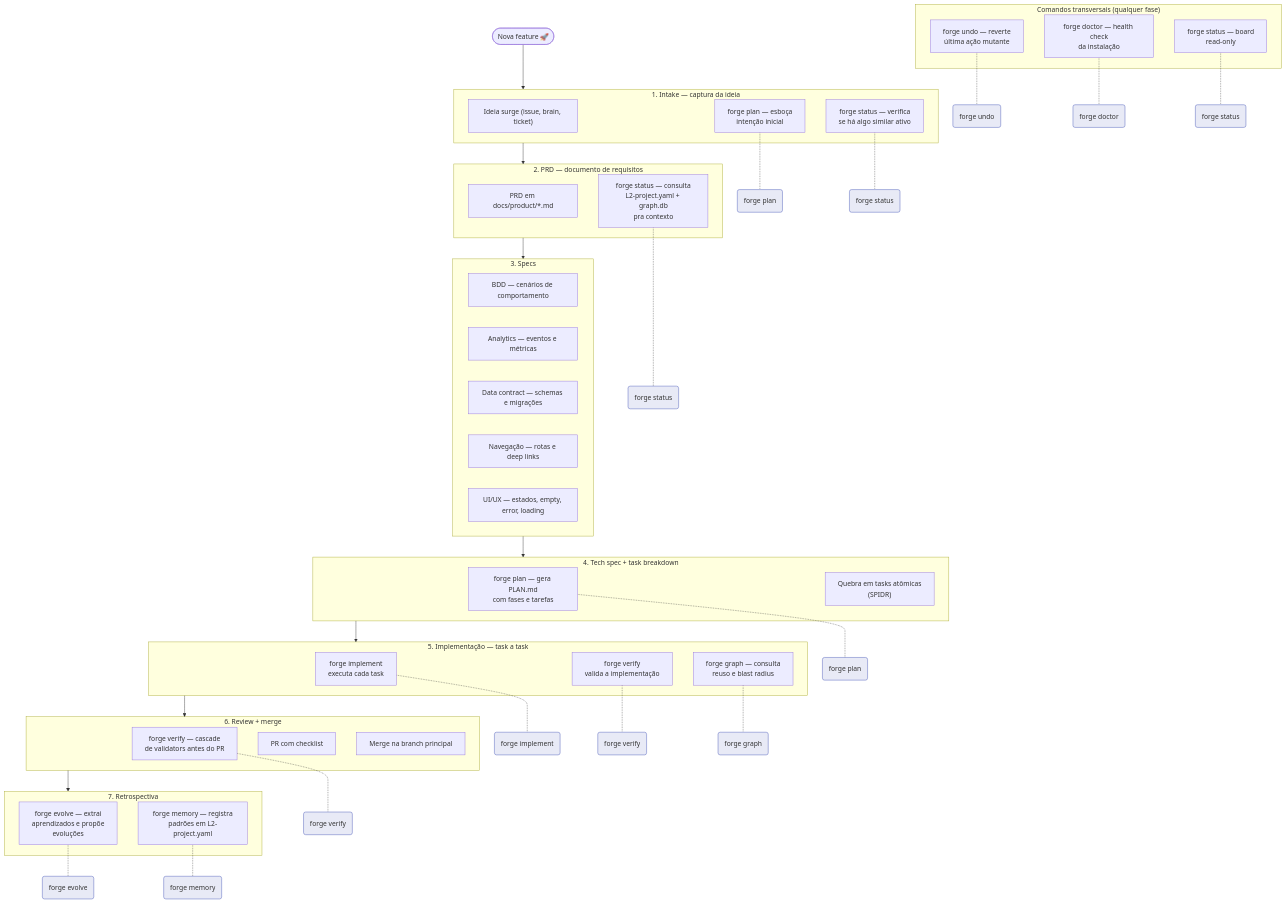
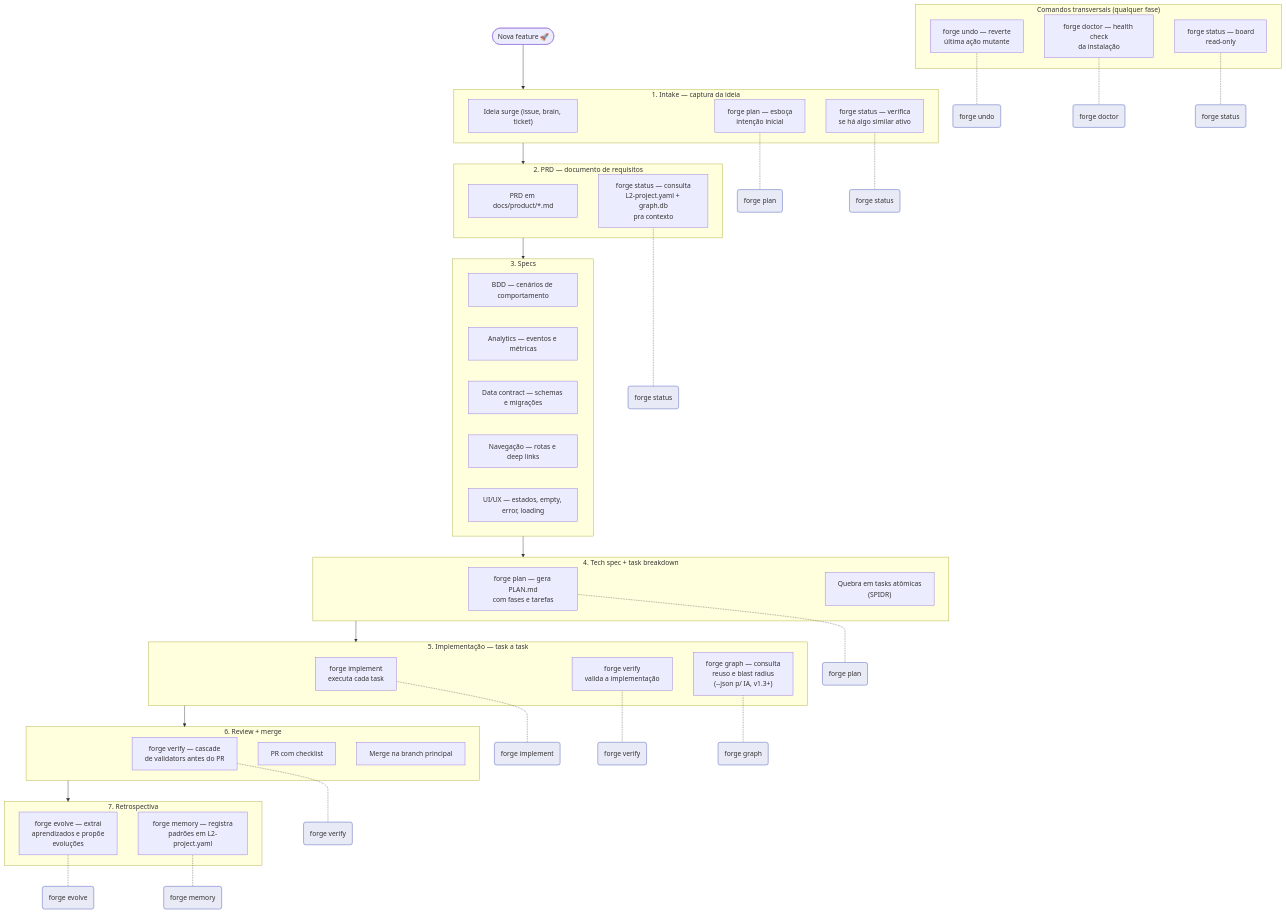
The diagram in docs/diagrams/feature-lifecycle.mermaid (thgMatajs/feature-forge), drawn with Mermaid before and after one commit. The commit also changed 52 other files, not shown here.

First line of the commit message:
feat(graph-ia): v1.3.0 — graph evolution + master-review fix-pack (PR #16)

```diff
--- a/docs/diagrams/feature-lifecycle.mermaid
+++ b/docs/diagrams/feature-lifecycle.mermaid
@@ -1,85 +1,85 @@
 flowchart TD
     INICIO(["Nova feature 🚀"])
 
     subgraph INTAKE["1. Intake — captura da ideia"]
         A1["Ideia surge (issue, brain, ticket)"]
         A2["forge plan — esboça<br/>intenção inicial"]
         A3["forge status — verifica<br/>se há algo similar ativo"]
     end
 
     subgraph PRD["2. PRD — documento de requisitos"]
         B1["PRD em docs/product/*.md"]
         B2["forge status — consulta<br/>L2-project.yaml + graph.db<br/>pra contexto"]
     end
 
     subgraph SPECS["3. Specs"]
         C1["BDD — cenários de comportamento"]
         C2["Analytics — eventos e métricas"]
         C3["Data contract — schemas e migrações"]
         C4["Navegação — rotas e deep links"]
         C5["UI/UX — estados, empty, error, loading"]
     end
 
     subgraph TECH_SPEC["4. Tech spec + task breakdown"]
         D1["forge plan — gera PLAN.md<br/>com fases e tarefas"]
         D2["Quebra em tasks atômicas<br/>(SPIDR)"]
     end
 
     subgraph IMPLEMENTACAO["5. Implementação — task a task"]
         E1["forge implement<br/>executa cada task"]
         E2["forge verify<br/>valida a implementação"]
-        E3["forge graph — consulta<br/>reuso e blast radius"]
+        E3["forge graph — consulta<br/>reuso e blast radius<br/>(--json p/ IA, v1.3+)"]
     end
 
     subgraph REVIEW["6. Review + merge"]
         F1["forge verify — cascade<br/>de validators antes do PR"]
         F2["PR com checklist"]
         F3["Merge na branch principal"]
     end
 
     subgraph RETROSPECTIVA["7. Retrospectiva"]
         G1["forge evolve — extrai<br/>aprendizados e propõe<br/>evoluções"]
         G2["forge memory — registra<br/>padrões em L2-project.yaml"]
     end
 
     subgraph TRANSVERSAL["Comandos transversais (qualquer fase)"]
         T1["forge undo — reverte<br/>última ação mutante"]
         T2["forge doctor — health check<br/>da instalação"]
         T3["forge status — board<br/>read-only"]
     end
 
     INICIO --> INTAKE
     INTAKE --> PRD
     PRD --> SPECS
     SPECS --> TECH_SPEC
     TECH_SPEC --> IMPLEMENTACAO
     IMPLEMENTACAO --> REVIEW
     REVIEW --> RETROSPECTIVA
 
     A2 -.- forge_cmd1("forge plan")
     A3 -.- forge_cmd2("forge status")
     B2 -.- forge_cmd3("forge status")
     D1 -.- forge_cmd4("forge plan")
     E1 -.- forge_cmd5("forge implement")
     E2 -.- forge_cmd6("forge verify")
     E3 -.- forge_cmd7("forge graph")
     F1 -.- forge_cmd8("forge verify")
     G1 -.- forge_cmd9("forge evolve")
     G2 -.- forge_cmd10("forge memory")
     T1 -.- forge_cmd11("forge undo")
     T2 -.- forge_cmd12("forge doctor")
     T3 -.- forge_cmd13("forge status")
 
     style forge_cmd1 fill:#e8eaf6,stroke:#3f51b5
     style forge_cmd2 fill:#e8eaf6,stroke:#3f51b5
     style forge_cmd3 fill:#e8eaf6,stroke:#3f51b5
     style forge_cmd4 fill:#e8eaf6,stroke:#3f51b5
     style forge_cmd5 fill:#e8eaf6,stroke:#3f51b5
     style forge_cmd6 fill:#e8eaf6,stroke:#3f51b5
     style forge_cmd7 fill:#e8eaf6,stroke:#3f51b5
     style forge_cmd8 fill:#e8eaf6,stroke:#3f51b5
     style forge_cmd9 fill:#e8eaf6,stroke:#3f51b5
     style forge_cmd10 fill:#e8eaf6,stroke:#3f51b5
     style forge_cmd11 fill:#e8eaf6,stroke:#3f51b5
     style forge_cmd12 fill:#e8eaf6,stroke:#3f51b5
     style forge_cmd13 fill:#e8eaf6,stroke:#3f51b5
```
